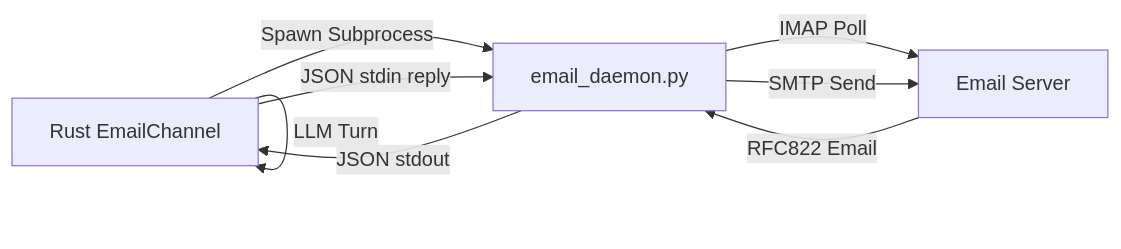
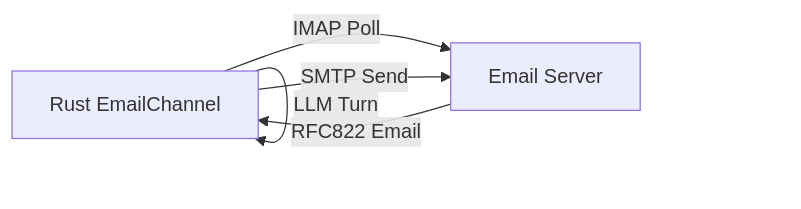
The diagram in onpkg_docs/email.md (aswin402/openz-rs), drawn with Mermaid before and after one commit. The commit also changed other lines of this file and 67 other files, not shown here.

````diff
--- a/onpkg_docs/email.md
+++ b/onpkg_docs/email.md
@@ -16,10 +16,7 @@
 ```mermaid
 graph LR
-    Rust[Rust EmailChannel] -->|Spawn Subprocess| Py[email_daemon.py]
-    Py -->|IMAP Poll| Server[Email Server]
-    Server -->|RFC822 Email| Py
-    Py -->|JSON stdout| Rust
+    Rust[Rust EmailChannel] -->|IMAP Poll| Server[Email Server]
+    Server -->|RFC822 Email| Rust
     Rust -->|LLM Turn| Rust
-    Rust -->|JSON stdin reply| Py
-    Py -->|SMTP Send| Server
+    Rust -->|SMTP Send| Server
 ```
````
